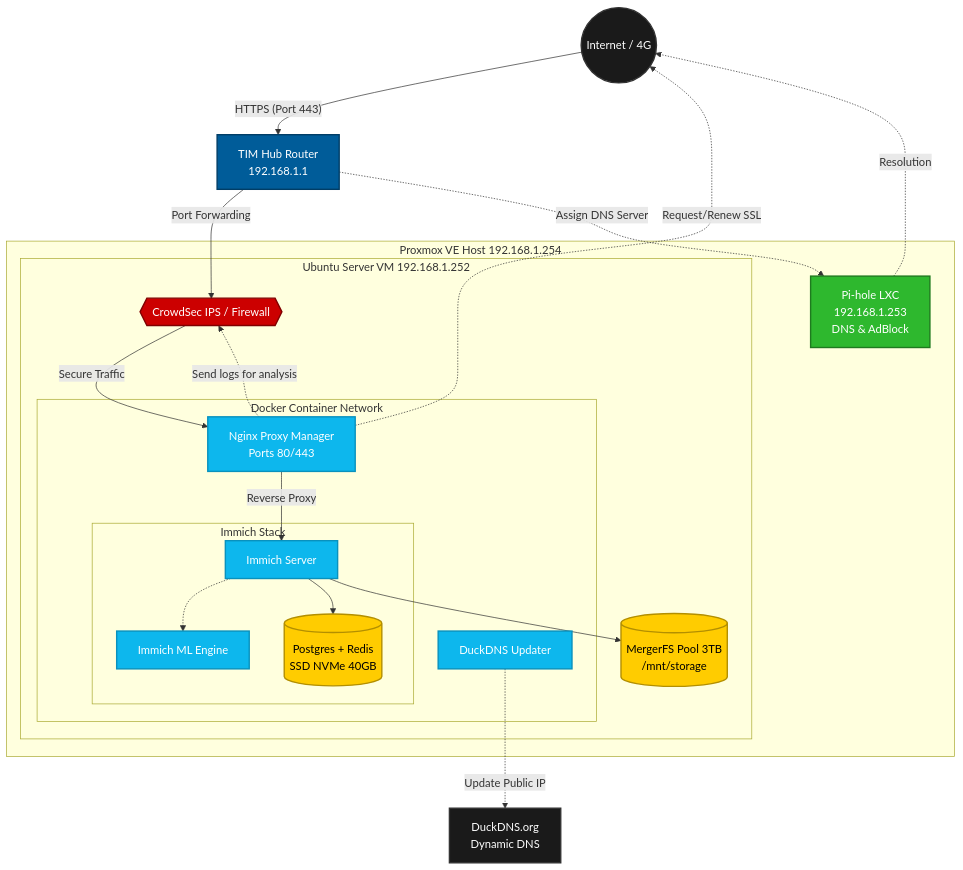
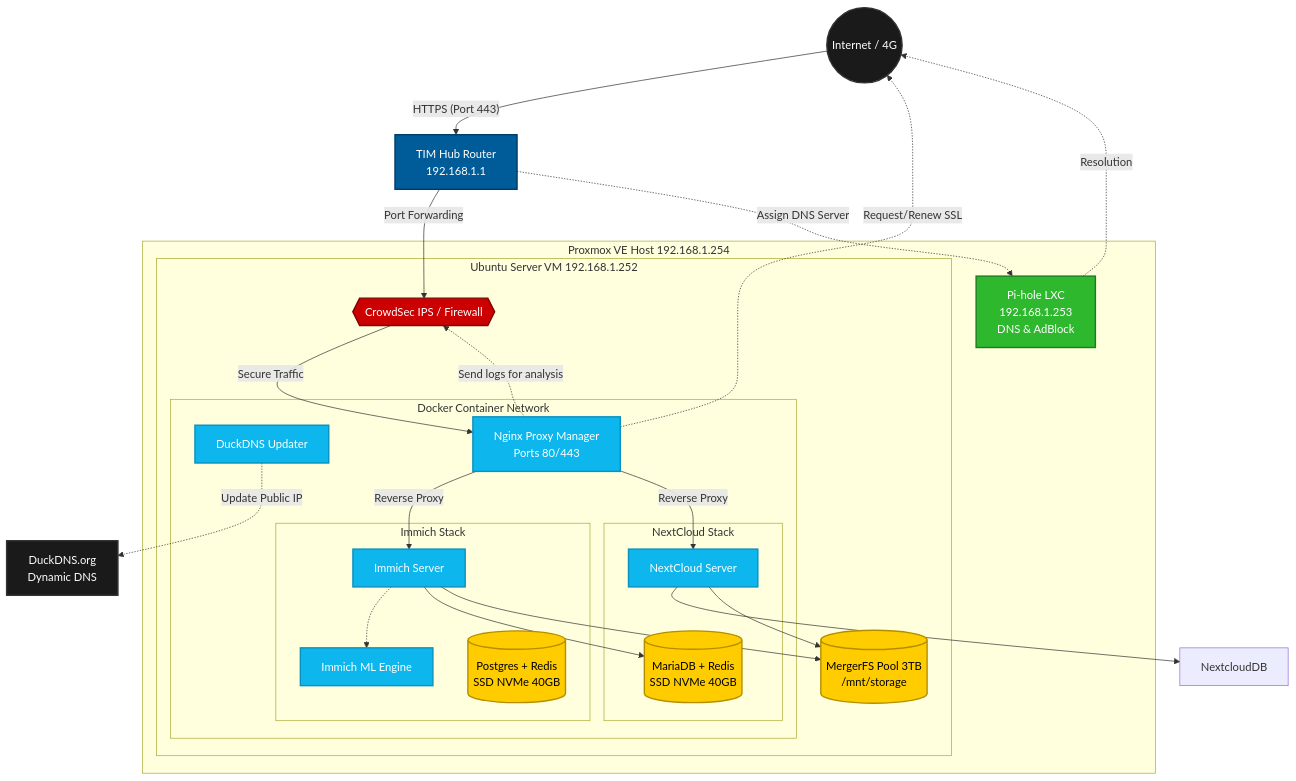
Before and after one commit to VikSell05/homelab-infrastructure: the diagram in README.md, drawn with Mermaid. The commit also changed other lines of this file and 3 other files, not shown here.

Commit message:
NextCloud expansion

````diff
--- a/README.md
+++ b/README.md
@@ -12,65 +12,75 @@
 ```mermaid
 graph TD
     %% Style Definition (Colors)
     classDef internet fill:#1a1a1a,stroke:#333,stroke-width:2px,color:#fff
     classDef router fill:#005c99,stroke:#003d66,stroke-width:2px,color:#fff
     classDef lxc fill:#2eb82e,stroke:#1f7a1f,stroke-width:2px,color:#fff
     classDef vm fill:#4d0099,stroke:#26004d,stroke-width:2px,color:#fff
     classDef docker fill:#0db7ed,stroke:#0991bd,stroke-width:2px,color:#fff
     classDef storage fill:#ffcc00,stroke:#b38f00,stroke-width:2px,color:#000
     classDef security fill:#cc0000,stroke:#800000,stroke-width:2px,color:#fff
 
-    %% Nodi Esterni
+    %% External Nodes
     Internet((Internet / 4G)):::internet
     DuckDNS[DuckDNS.org<br/>Dynamic DNS]:::internet
 
-    %% Rete Domestica
+    %% Home Network
     Router[TIM Hub Router<br/>192.168.1.1]:::router
 
     %% Proxmox Host
     subgraph PVE [Proxmox VE Host 192.168.1.254]
         
         PiHole[Pi-hole LXC<br/>192.168.1.253<br/>DNS & AdBlock]:::lxc
 
         subgraph VM [Ubuntu Server VM 192.168.1.252]
             
             %% Storage & Security (Host-level)
             CrowdSec{{CrowdSec IPS / Firewall}}:::security
             MergerFS[(MergerFS Pool 3TB<br/>/mnt/storage)]:::storage
             
             %% Docker Network
             subgraph Docker [Docker Container Network]
                 DuckDNSContainer[DuckDNS Updater]:::docker
                 NPM[Nginx Proxy Manager<br/>Ports 80/443]:::docker
                 
                 subgraph ImmichStack [Immich Stack]
                     ImmichServer[Immich Server]:::docker
                     ImmichML[Immich ML Engine]:::docker
-                    DB[(Postgres + Redis<br/>SSD NVMe 40GB)]:::storage
+                    ImmichDB[(Postgres + Redis<br/>SSD NVMe 40GB)]:::storage
+                end
+
+                subgraph NextCloudStack [NextCloud Stack]
+                    NextCloudServer[NextCloud Server]:::docker
+                    DB[(MariaDB + Redis<br/>SSD NVMe 40GB)]:::storage
                 end
             end
         end
     end
 
     %% External Traffic Flow
     Internet -- HTTPS (Port 443) --> Router
     Router -- Port Forwarding --> CrowdSec
     CrowdSec -- Secure Traffic --> NPM
     NPM -- Reverse Proxy --> ImmichServer
+    NPM -- Reverse Proxy --> NextCloudServer
     
     %% Immich Internal Interactions
     ImmichServer -.-> ImmichML
     ImmichServer --> DB
     ImmichServer --> MergerFS
+
+    %% NextCloud Internal Interactions
+    NextCloudServer --> NextcloudDB
+    NextCloudServer --> MergerFS
     
     %% Updates and SSL
     DuckDNSContainer -. Update Public IP .-> DuckDNS
     NPM -. Request/Renew SSL .-> Internet
     
     %% DNS Resolution
     Router -. Assign DNS Server .-> PiHole
     PiHole -. Resolution .-> Internet
     
     %% CrowdSec Interaction
     NPM -. Send logs for analysis.-> CrowdSec
 ```
````
